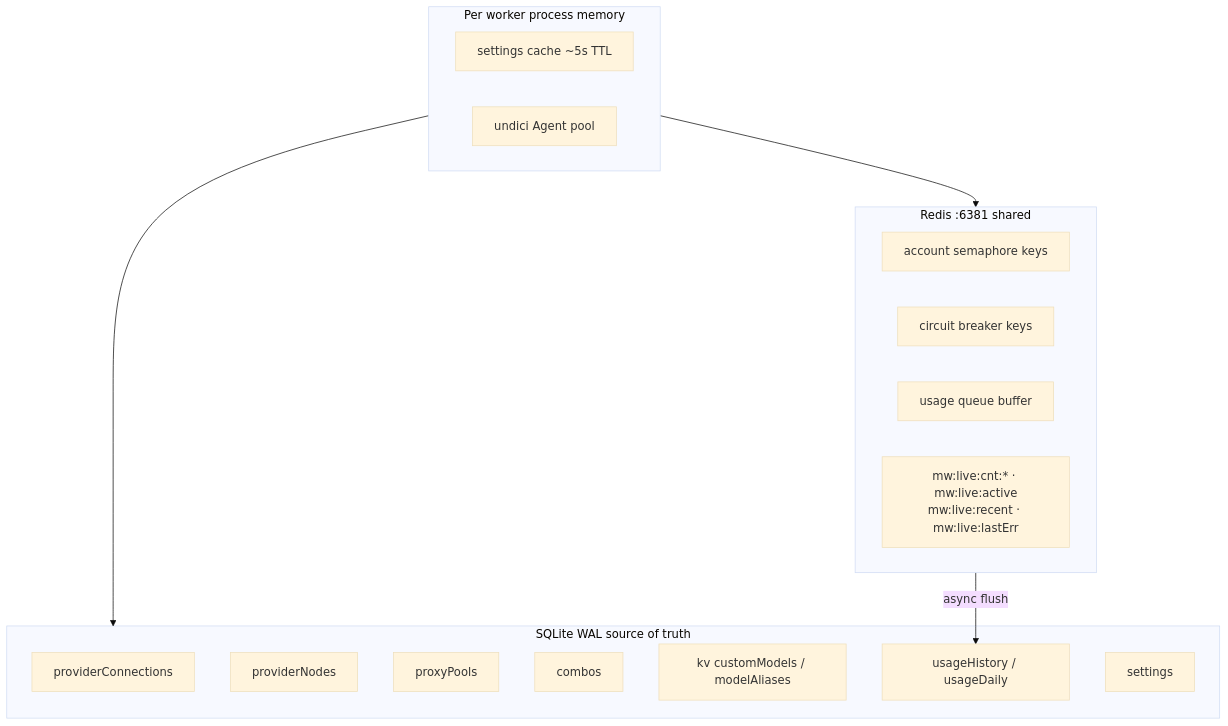
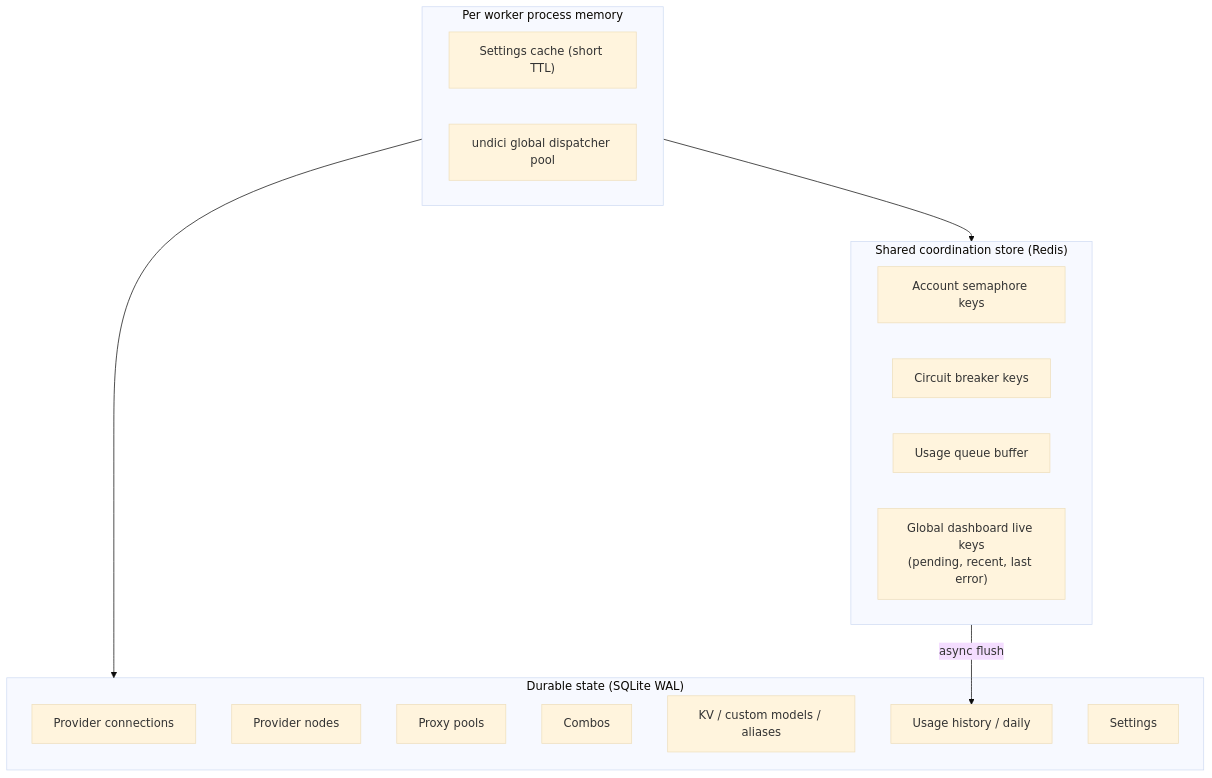
The fourth of 4 diagrams in docs/ARCHITECTURE-MW.md (fazulfi/9router-mw), drawn with Mermaid (base theme) before and after one commit. The commit also changed other lines of this file and 1 other file, not shown here.

First line of the commit message:
docs(architecture): correct retry/fan-out semantics and remove deployment internals

````diff
--- a/docs/ARCHITECTURE-MW.md
+++ b/docs/ARCHITECTURE-MW.md
@@ -168,28 +179,28 @@
 ```mermaid
 flowchart TB
  subgraph PerWorker["Per worker process memory"]
- SETTINGS["settings cache ~5s TTL"]
- UNDICI["undici Agent pool"]
+  SETTINGS["Settings cache (short TTL)"]
+  UNDICI["undici global dispatcher pool"]
  end
 
- subgraph Redis6381["Redis :6381 shared"]
- SEM["account semaphore keys"]
- BRK["circuit breaker keys"]
- UQ["usage queue buffer"]
- LIVE["mw:live:cnt:* · mw:live:active\nmw:live:recent · mw:live:lastErr"]
+ subgraph Shared["Shared coordination store (Redis)"]
+  SEM["Account semaphore keys"]
+  BRK["Circuit breaker keys"]
+  UQ["Usage queue buffer"]
+  LIVE["Global dashboard live keys\n(pending, recent, last error)"]
  end
 
- subgraph SQLiteWAL["SQLite WAL source of truth"]
- PC["providerConnections"]
- PN["providerNodes"]
- PP["proxyPools"]
- CB["combos"]
- KV["kv customModels / modelAliases"]
- UH["usageHistory / usageDaily"]
- ST["settings"]
+ subgraph Durable["Durable state (SQLite WAL)"]
+  PC["Provider connections"]
+  PN["Provider nodes"]
+  PP["Proxy pools"]
+  CB["Combos"]
+  KV["KV / custom models / aliases"]
+  UH["Usage history / daily"]
+  ST["Settings"]
  end
 
- PerWorker --> Redis6381
- PerWorker --> SQLiteWAL
- Redis6381 -->|"async flush"| UH
+ PerWorker --> Shared
+ PerWorker --> Durable
+ Shared -->|"async flush"| UH
 ```
````
